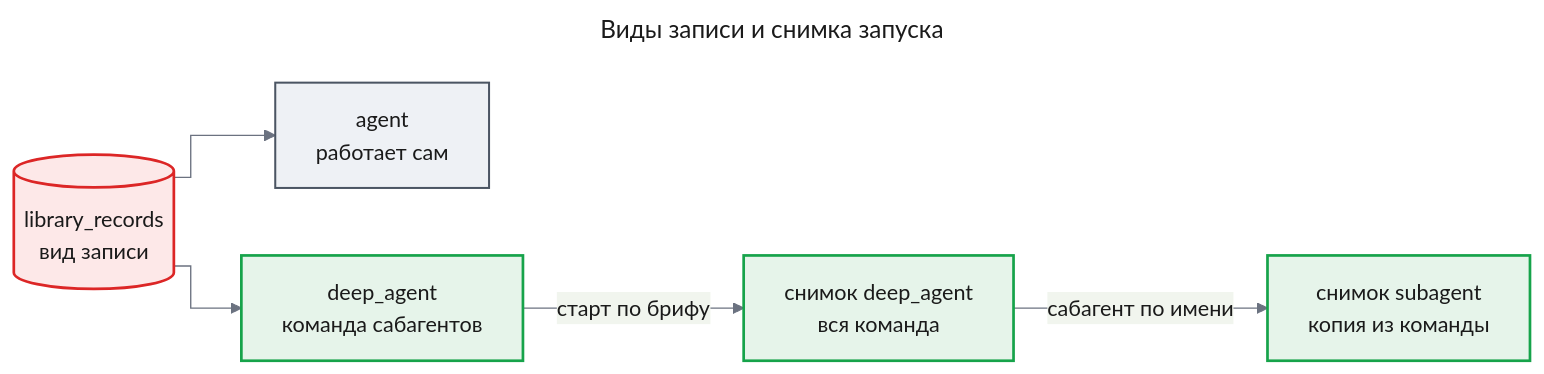
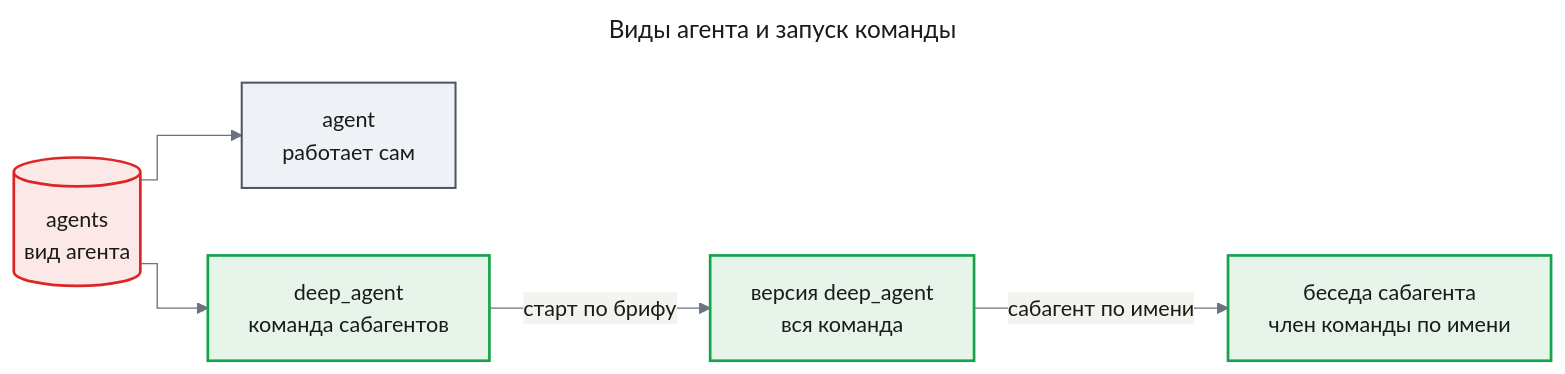
Before and after one commit to tundraray/agent-os: the diagram in docs/adr/ADR-0021-deep-agent-record-kind.md, drawn with Mermaid. The commit also changed other lines of this file and 25 other files, not shown here.

````diff
--- a/docs/adr/ADR-0021-deep-agent-record-kind.md
+++ b/docs/adr/ADR-0021-deep-agent-record-kind.md
@@ -13,31 +13,31 @@
 ```mermaid
 ---
-title: "Виды записи и снимка запуска"
+title: "Виды агента и запуск команды"
 config:
   theme: base
   look: classic
   themeVariables:
     primaryColor: "#eef1f5"
     primaryBorderColor: "#4b5563"
     primaryTextColor: "#1a1a1a"
     lineColor: "#6b7280"
   flowchart:
     curve: step
 ---
 flowchart LR
-    rec[("library_records<br/>вид записи")]
+    rec[("agents<br/>вид агента")]
     agent["agent<br/>работает сам"]
     deep["deep_agent<br/>команда сабагентов"]
-    snapD["снимок deep_agent<br/>вся команда"]
-    snapS["снимок subagent<br/>копия из команды"]
+    snapD["версия deep_agent<br/>вся команда"]
+    snapS["беседа сабагента<br/>член команды по имени"]
     rec --> agent
     rec --> deep
     deep -->|"старт по брифу"| snapD
     snapD -->|"сабагент по имени"| snapS
     classDef changed fill:#fde8e8,stroke:#dc2626,stroke-width:2px,color:#1a1a1a
     classDef new fill:#e6f4ea,stroke:#16a34a,stroke-width:2px,color:#1a1a1a
     classDef unchanged fill:#eef1f5,stroke:#4b5563,stroke-width:1.5px,color:#1a1a1a
     class rec changed
     class agent unchanged
     class deep,snapD,snapS new
 ```
````
